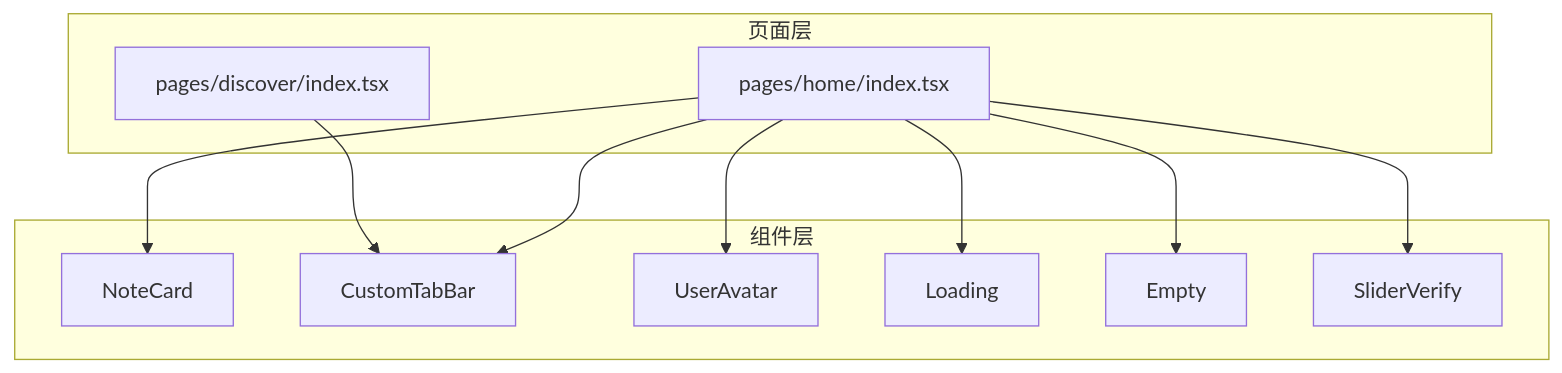
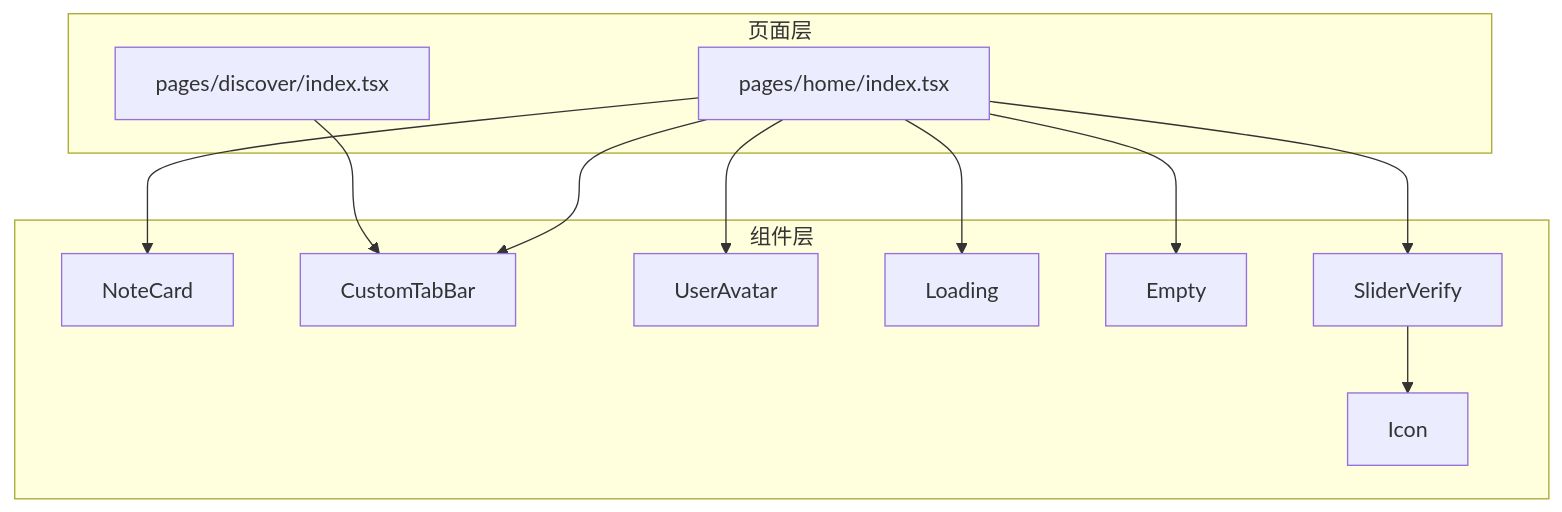
One commit to zuolinbao/redbook changed the first of 6 diagrams in .qoder/repowiki/zh/content/UI组件库/UI组件库.md. Above: the diagram before and after it, drawn with Mermaid. The commit also changed other lines of this file and 7 other files, not shown here.

````diff
--- a/.qoder/repowiki/zh/content/UI组件库/UI组件库.md
+++ b/.qoder/repowiki/zh/content/UI组件库/UI组件库.md
@@ -41,22 +45,24 @@
 ```mermaid
 graph TB
 subgraph "页面层"
 H["pages/home/index.tsx"]
 D["pages/discover/index.tsx"]
 end
 subgraph "组件层"
 NC["NoteCard"]
 CTB["CustomTabBar"]
 UA["UserAvatar"]
 LD["Loading"]
 EM["Empty"]
 SV["SliderVerify"]
+IC["Icon"]
 end
 H --> NC
 H --> CTB
 D --> CTB
 H --> UA
 H --> LD
 H --> EM
 H --> SV
+SV --> IC
 ```
````
